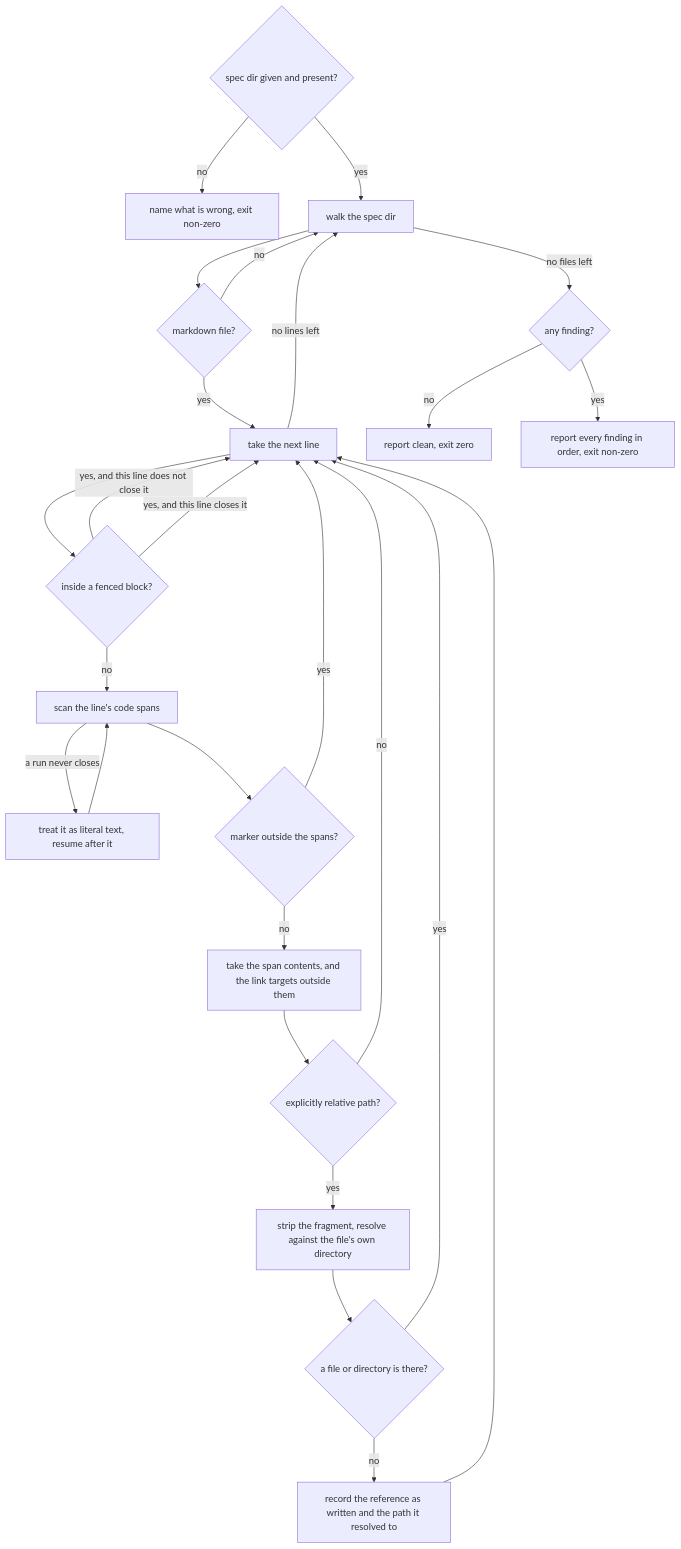
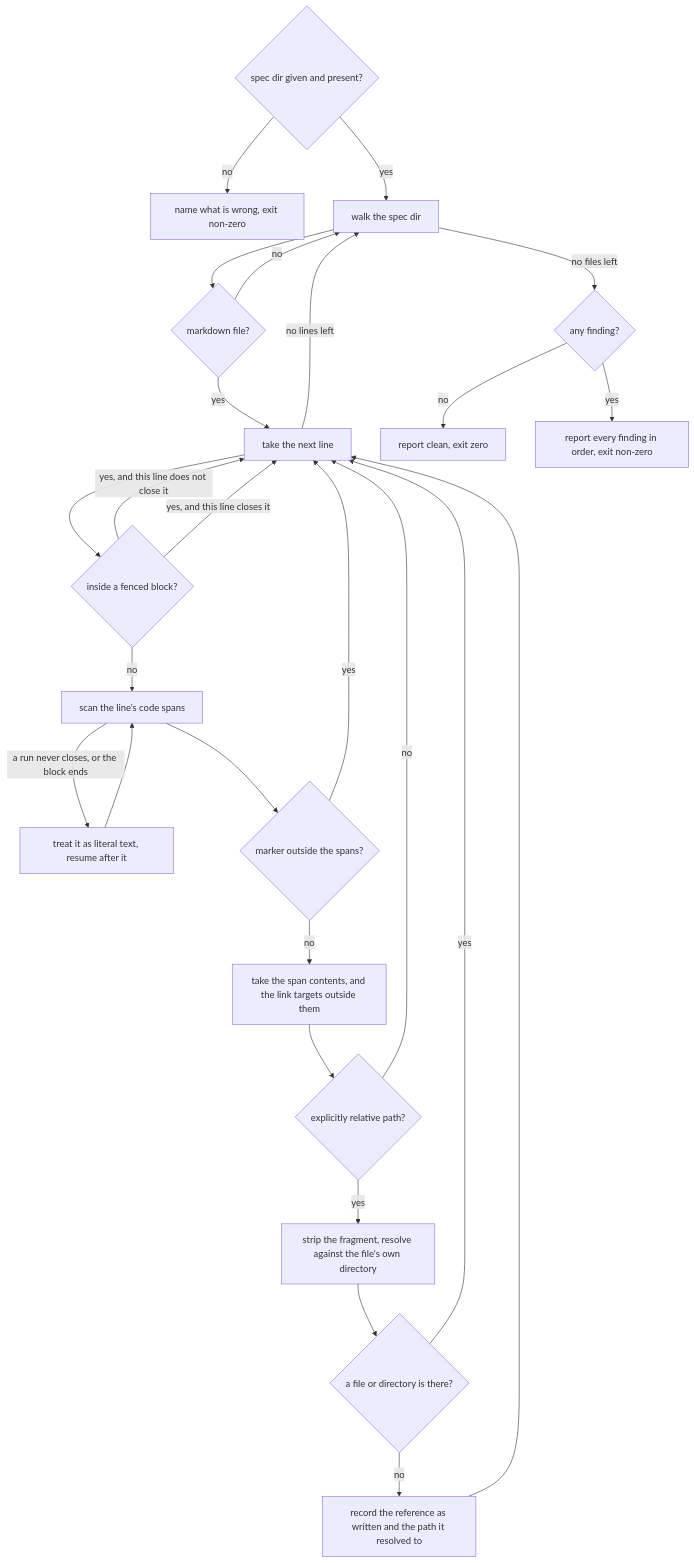
The diagram in .agents/specs/sdd/project-spec/check-spec-references/README.md (cyberuni/cyber-sdd), drawn with Mermaid before and after one commit. The commit also changed other lines of this file and 4 other files, not shown here.

````diff
--- a/.agents/specs/sdd/project-spec/check-spec-references/README.md
+++ b/.agents/specs/sdd/project-spec/check-spec-references/README.md
@@ -127,28 +130,28 @@
 ```mermaid
 flowchart TD
   X{spec dir given and present?} -->|no| Y[name what is wrong, exit non-zero]
   X -->|yes| A[walk the spec dir]
   A --> B{markdown file?}
   B -->|no| A
   B -->|yes| C[take the next line]
   C --> D{inside a fenced block?}
   D -->|yes, and this line does not close it| C
   D -->|yes, and this line closes it| C
   D -->|no| F[scan the line's code spans]
-  F -->|a run never closes| F2[treat it as literal text, resume after it]
+  F -->|a run never closes, or the block ends| F2[treat it as literal text, resume after it]
   F2 --> F
   F --> E{marker outside the spans?}
   E -->|yes| C
   E -->|no| H[take the span contents, and the link targets outside them]
   H --> G{explicitly relative path?}
   G -->|no| C
   G -->|yes| I[strip the fragment, resolve against the file's own directory]
   I --> J{a file or directory is there?}
   J -->|yes| C
   J -->|no| K[record the reference as written and the path it resolved to]
   K --> C
   C -->|no lines left| A
   A -->|no files left| L{any finding?}
   L -->|no| M[report clean, exit zero]
   L -->|yes| N[report every finding in order, exit non-zero]
 ```
````
